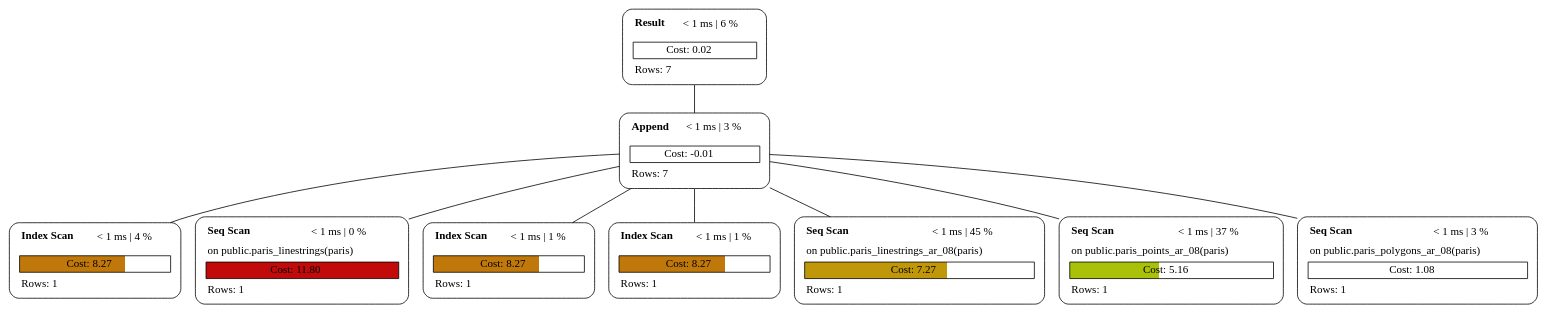
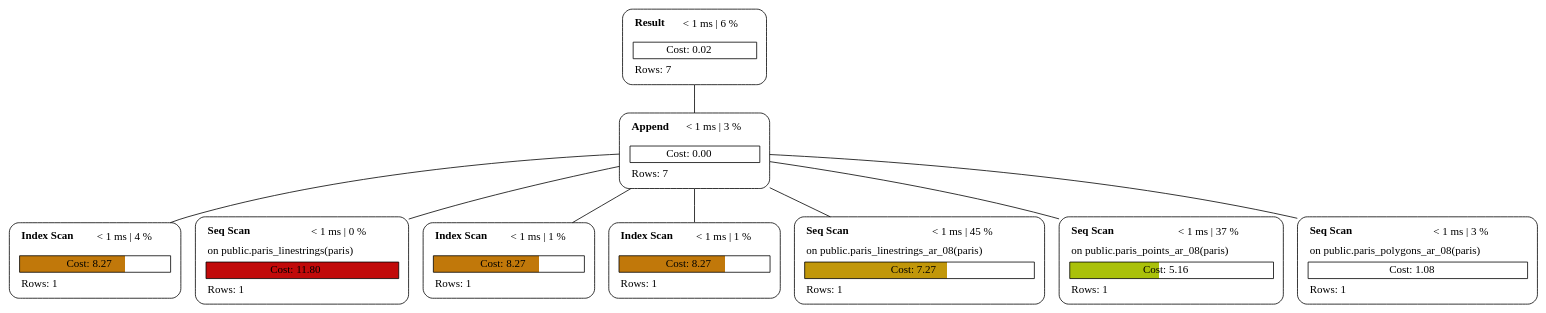
Before and after one commit to sanpii/explain: the diagram in examples/plan_3.dot, drawn with Graphviz. The commit also changed 4 other files, not shown here.

```diff
--- a/examples/plan_3.dot
+++ b/examples/plan_3.dot
@@ -1,19 +1,19 @@
 graph explain {
     node0[label=<<table border="0" cellborder="0" cellspacing="5"><tr><td align="left"><b>Result</b></td><td>&lt; 1 ms | 6 %</td></tr><tr><td colspan="2" align="left"></td></tr><tr><td colspan="2" border="1" >Cost: 0.02</td></tr><tr><td colspan="2" align="left">Rows: 7</td></tr></table>>][style="rounded"][shape="box"];
-    node1[label=<<table border="0" cellborder="0" cellspacing="5"><tr><td align="left"><b>Append</b></td><td>&lt; 1 ms | 3 %</td></tr><tr><td colspan="2" align="left"></td></tr><tr><td colspan="2" border="1" >Cost: -0.01</td></tr><tr><td colspan="2" align="left">Rows: 7</td></tr></table>>][style="rounded"][shape="box"];
+    node1[label=<<table border="0" cellborder="0" cellspacing="5"><tr><td align="left"><b>Append</b></td><td>&lt; 1 ms | 3 %</td></tr><tr><td colspan="2" align="left"></td></tr><tr><td colspan="2" border="1" >Cost: 0.00</td></tr><tr><td colspan="2" align="left">Rows: 7</td></tr></table>>][style="rounded"][shape="box"];
     node2[label=<<table border="0" cellborder="0" cellspacing="5"><tr><td align="left"><b>Index Scan</b></td><td>&lt; 1 ms | 4 %</td></tr><tr><td colspan="2" align="left"></td></tr><tr><td colspan="2" border="1" bgcolor="#c1780a;0.70:white">Cost: 8.27</td></tr><tr><td colspan="2" align="left">Rows: 1</td></tr></table>>][style="rounded"][shape="box"];
     node3[label=<<table border="0" cellborder="0" cellspacing="5"><tr><td align="left"><b>Seq Scan</b></td><td>&lt; 1 ms | 0 %</td></tr><tr><td colspan="2" align="left">on public.paris_linestrings(paris)</td></tr><tr><td colspan="2" border="1" bgcolor="#c10a0a">Cost: 11.80</td></tr><tr><td colspan="2" align="left">Rows: 1</td></tr></table>>][style="rounded"][shape="box"];
     node4[label=<<table border="0" cellborder="0" cellspacing="5"><tr><td align="left"><b>Index Scan</b></td><td>&lt; 1 ms | 1 %</td></tr><tr><td colspan="2" align="left"></td></tr><tr><td colspan="2" border="1" bgcolor="#c1780a;0.70:white">Cost: 8.27</td></tr><tr><td colspan="2" align="left">Rows: 1</td></tr></table>>][style="rounded"][shape="box"];
     node5[label=<<table border="0" cellborder="0" cellspacing="5"><tr><td align="left"><b>Index Scan</b></td><td>&lt; 1 ms | 1 %</td></tr><tr><td colspan="2" align="left"></td></tr><tr><td colspan="2" border="1" bgcolor="#c1780a;0.70:white">Cost: 8.27</td></tr><tr><td colspan="2" align="left">Rows: 1</td></tr></table>>][style="rounded"][shape="box"];
     node6[label=<<table border="0" cellborder="0" cellspacing="5"><tr><td align="left"><b>Seq Scan</b></td><td>&lt; 1 ms | 45 %</td></tr><tr><td colspan="2" align="left">on public.paris_linestrings_ar_08(paris)</td></tr><tr><td colspan="2" border="1" bgcolor="#c1970a;0.62:white">Cost: 7.27</td></tr><tr><td colspan="2" align="left">Rows: 1</td></tr></table>>][style="rounded"][shape="box"];
     node7[label=<<table border="0" cellborder="0" cellspacing="5"><tr><td align="left"><b>Seq Scan</b></td><td>&lt; 1 ms | 37 %</td></tr><tr><td colspan="2" align="left">on public.paris_points_ar_08(paris)</td></tr><tr><td colspan="2" border="1" bgcolor="#aac10a;0.44:white">Cost: 5.16</td></tr><tr><td colspan="2" align="left">Rows: 1</td></tr></table>>][style="rounded"][shape="box"];
     node8[label=<<table border="0" cellborder="0" cellspacing="5"><tr><td align="left"><b>Seq Scan</b></td><td>&lt; 1 ms | 3 %</td></tr><tr><td colspan="2" align="left">on public.paris_polygons_ar_08(paris)</td></tr><tr><td colspan="2" border="1" >Cost: 1.08</td></tr><tr><td colspan="2" align="left">Rows: 1</td></tr></table>>][style="rounded"][shape="box"];
     node0 -- node1[label=""];
     node1 -- node2[label=""];
     node1 -- node3[label=""];
     node1 -- node4[label=""];
     node1 -- node5[label=""];
     node1 -- node6[label=""];
     node1 -- node7[label=""];
     node1 -- node8[label=""];
 }
```
